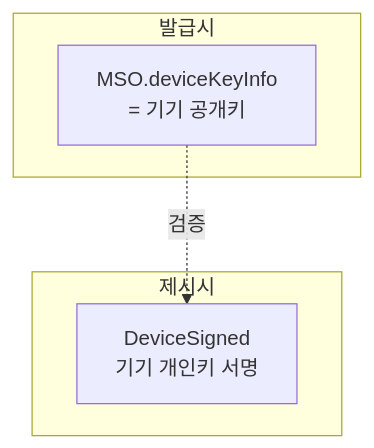
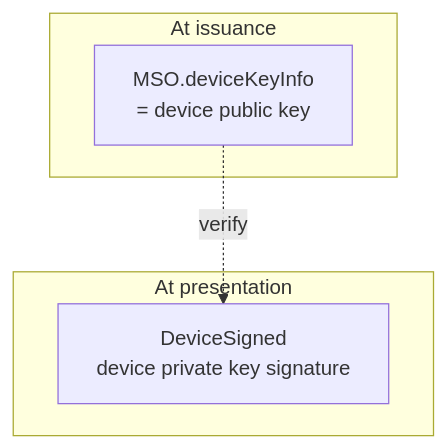
One commit to OmniOneID/poc-oid4vc changed the third of 4 diagrams in docs/concepts/mdoc/mdoc_overview.md. Above: the diagram before and after it, drawn with Mermaid. The commit also changed other lines of this file and 29 other files, not shown here.

````diff
--- a/docs/concepts/mdoc/mdoc_overview.md
+++ b/docs/concepts/mdoc/mdoc_overview.md
@@ -145,10 +145,10 @@
 ```mermaid
 flowchart TB
-    subgraph 발급시
-        MSO[MSO.deviceKeyInfo<br/>= 기기 공개키]
+    subgraph At issuance
+        MSO[MSO.deviceKeyInfo<br/>= device public key]
     end
-    subgraph 제시시
-        DS[DeviceSigned<br/>기기 개인키 서명]
+    subgraph At presentation
+        DS[DeviceSigned<br/>device private key signature]
     end
-    MSO -.검증.-> DS
+    MSO -.verify.-> DS
 ```
````
